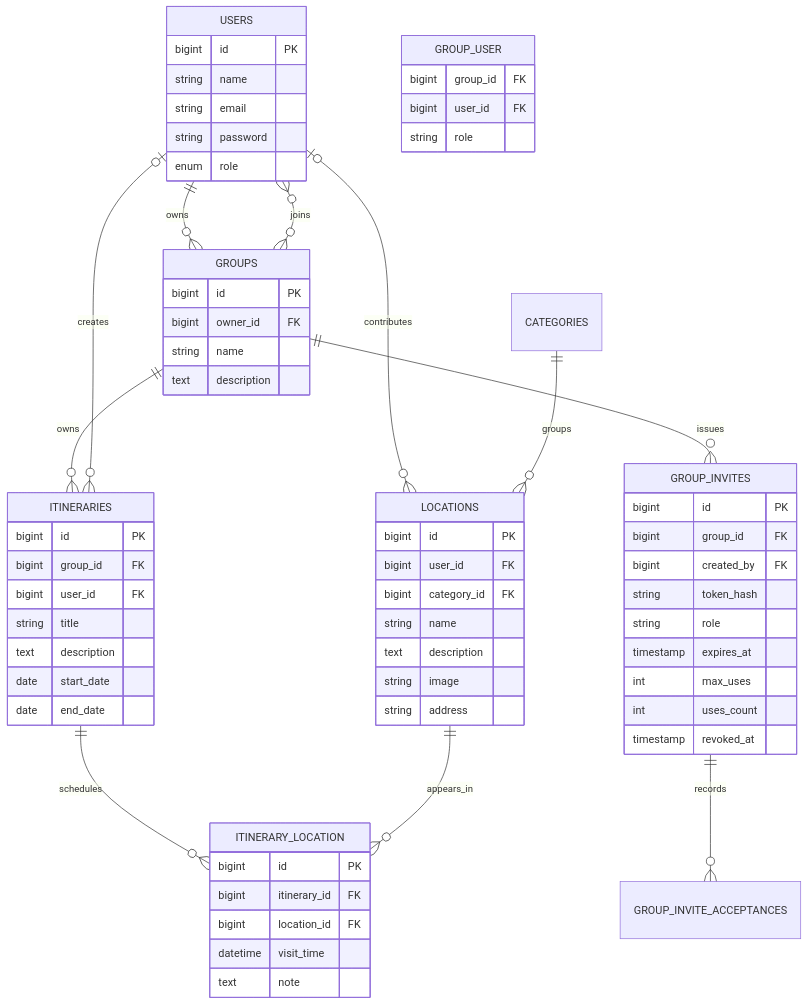
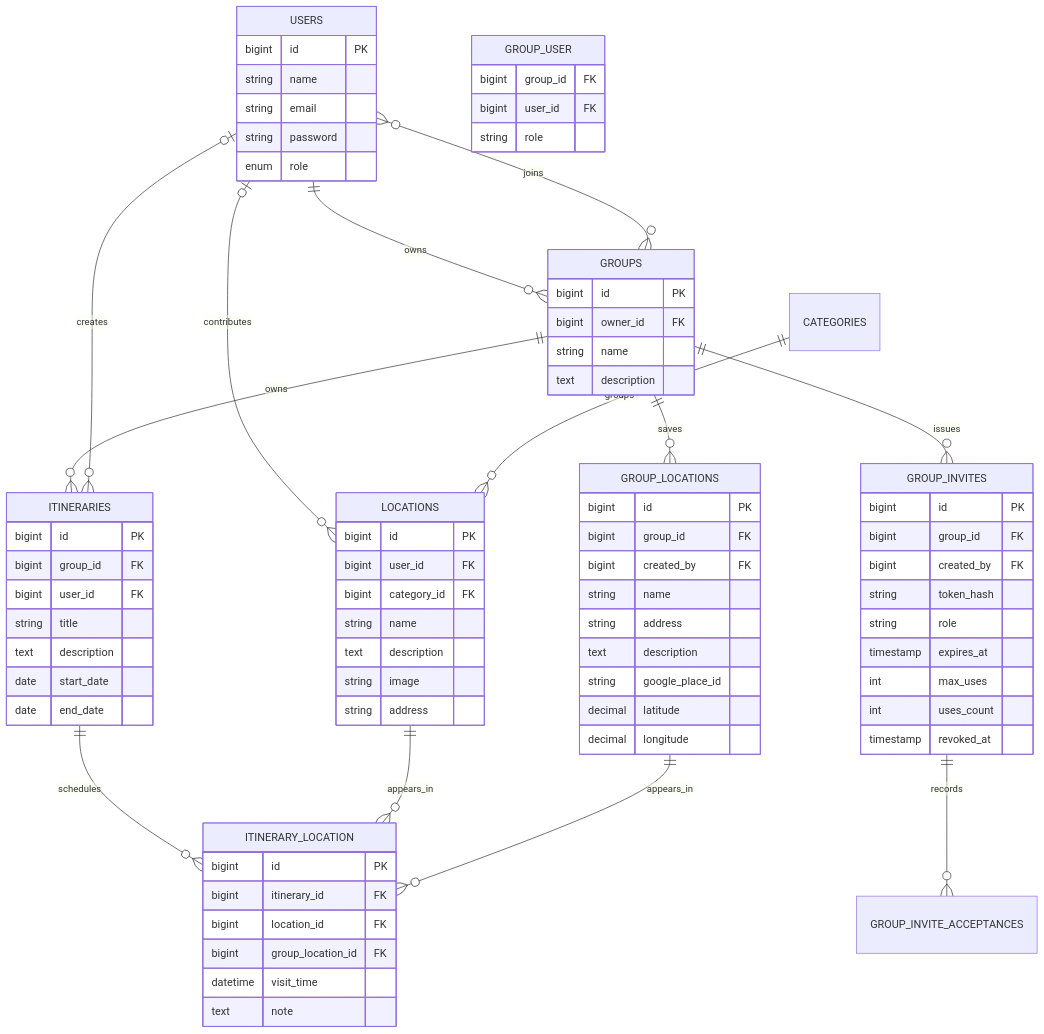
One commit to cloodei/cnweb changed the second of 2 diagrams in docs/CODEBASE_GUIDE.md. Above: the diagram before and after it, drawn with Mermaid. The commit also changed other lines of this file and 33 other files, not shown here.

````diff
--- a/docs/CODEBASE_GUIDE.md
+++ b/docs/CODEBASE_GUIDE.md
@@ -131,68 +149,82 @@
 ```mermaid
 erDiagram
     USERS ||--o{ GROUPS : owns
     USERS }o--o{ GROUPS : joins
     GROUPS ||--o{ ITINERARIES : owns
+    GROUPS ||--o{ GROUP_LOCATIONS : saves
     GROUPS ||--o{ GROUP_INVITES : issues
     GROUP_INVITES ||--o{ GROUP_INVITE_ACCEPTANCES : records
     USERS o|--o{ LOCATIONS : contributes
     USERS o|--o{ ITINERARIES : creates
     CATEGORIES ||--o{ LOCATIONS : groups
     ITINERARIES ||--o{ ITINERARY_LOCATION : schedules
     LOCATIONS ||--o{ ITINERARY_LOCATION : appears_in
+    GROUP_LOCATIONS ||--o{ ITINERARY_LOCATION : appears_in
 
     USERS {
         bigint id PK
         string name
         string email
         string password
         enum role
     }
     GROUPS {
         bigint id PK
         bigint owner_id FK
         string name
         text description
     }
     GROUP_USER {
         bigint group_id FK
         bigint user_id FK
         string role
     }
     GROUP_INVITES {
         bigint id PK
         bigint group_id FK
         bigint created_by FK
         string token_hash
         string role
         timestamp expires_at
         int max_uses
         int uses_count
         timestamp revoked_at
     }
     LOCATIONS {
         bigint id PK
         bigint user_id FK
         bigint category_id FK
         string name
         text description
         string image
         string address
     }
+    GROUP_LOCATIONS {
+        bigint id PK
+        bigint group_id FK
+        bigint created_by FK
+        string name
+        string address
+        text description
+        string google_place_id
+        decimal latitude
+        decimal longitude
+    }
     ITINERARIES {
         bigint id PK
         bigint group_id FK
         bigint user_id FK
         string title
         text description
         date start_date
         date end_date
     }
     ITINERARY_LOCATION {
         bigint id PK
         bigint itinerary_id FK
         bigint location_id FK
+        bigint group_location_id FK
         datetime visit_time
         text note
     }
 ```
````
